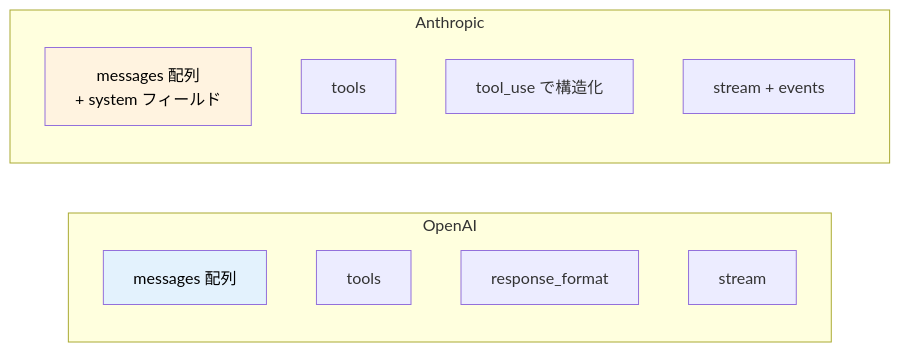
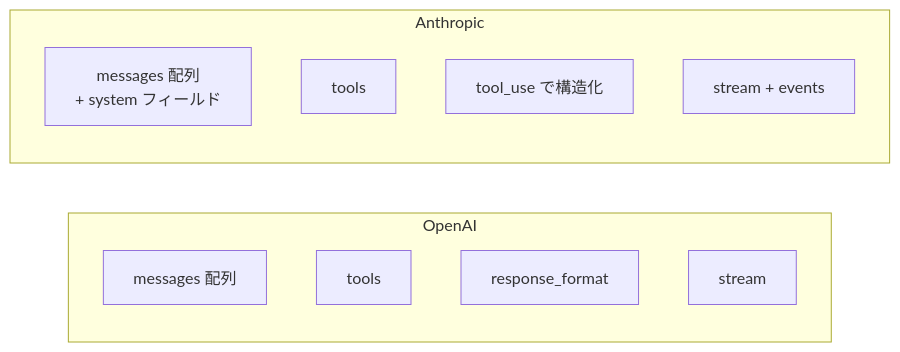
Before and after one commit to dinekt/dinekt-wiki: the first of 2 diagrams in docs/tech-notes/openai-と-anthropic-api-の主要差分.md, drawn with Mermaid. The commit also changed other lines of this file and 70 other files, not shown here.

First line of the commit message:
fix(mermaid): strip all inline styling, rely on theme

````diff
--- a/docs/tech-notes/openai-と-anthropic-api-の主要差分.md
+++ b/docs/tech-notes/openai-と-anthropic-api-の主要差分.md
@@ -25,18 +25,16 @@
 ```mermaid
 flowchart LR
     subgraph OpenAI
       O1[messages 配列]
       O2[tools]
       O3[response_format]
       O4[stream]
     end
     subgraph Anthropic
       A1[messages 配列<br/>+ system フィールド]
       A2[tools]
       A3[tool_use で構造化]
       A4[stream + events]
     end
 
-    style O1 fill:#e3f2fd,color:#000
-    style A1 fill:#fff3e0,color:#000
 ```
````
